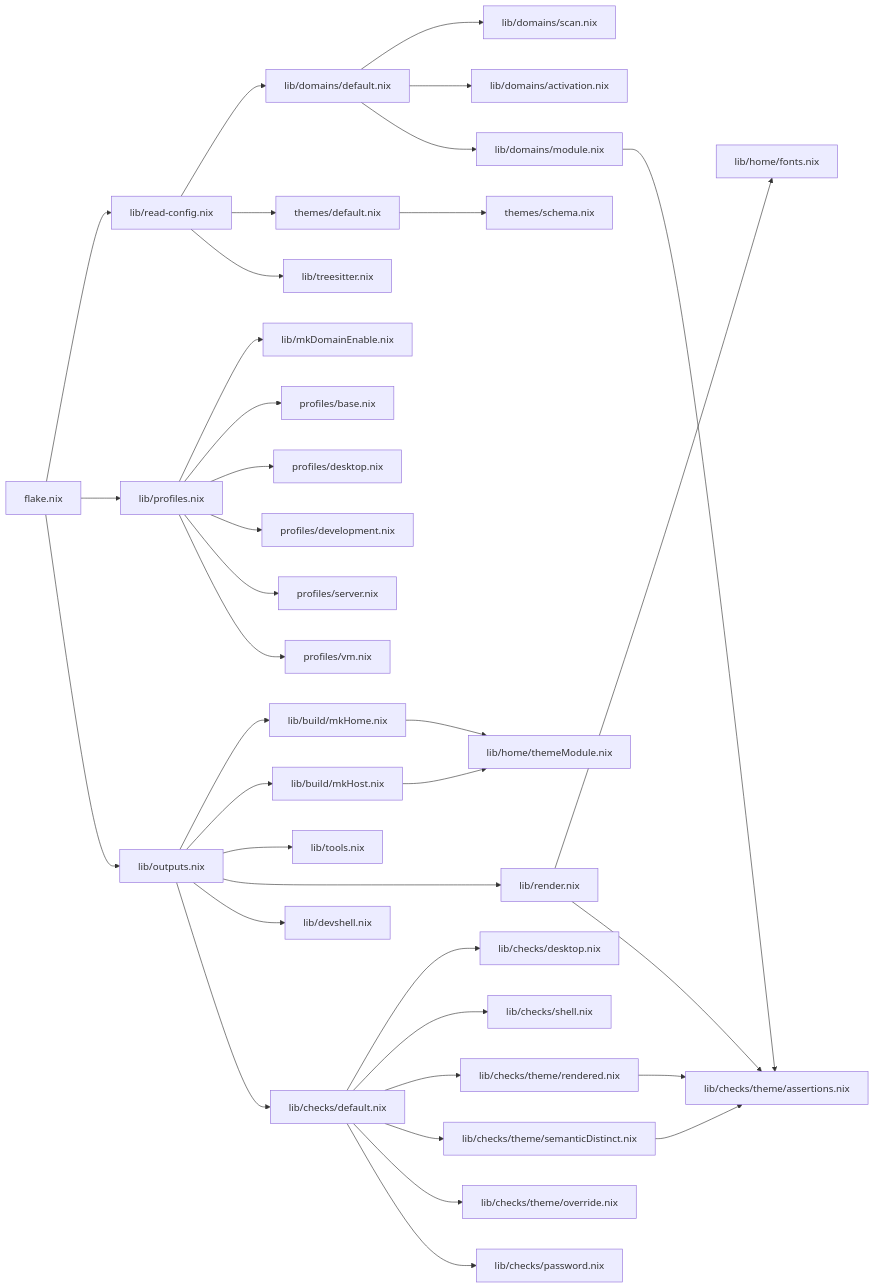
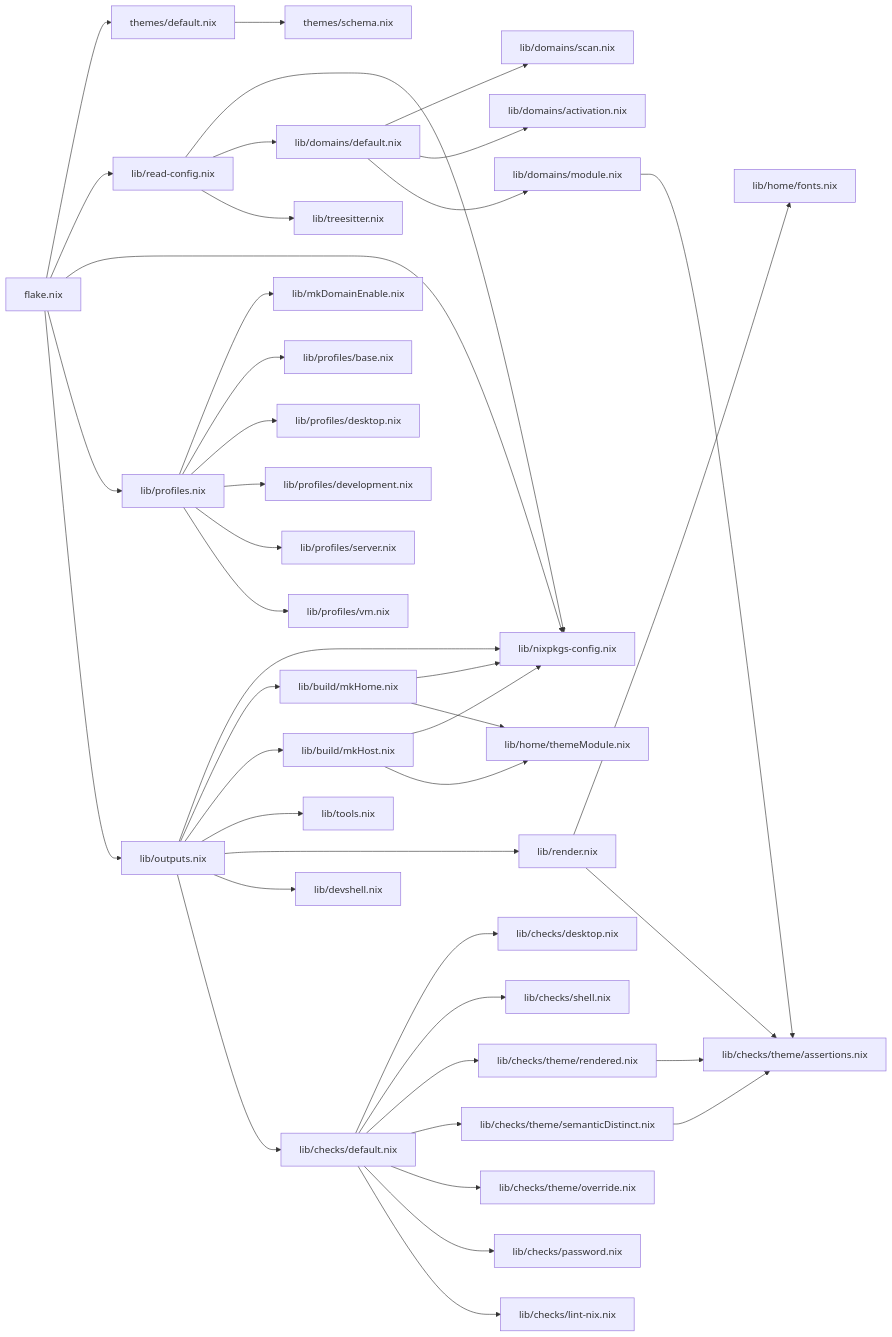
One commit to joaosimsic/angst changed the diagram in analysis.md. Above: the diagram before and after it, drawn with Mermaid. The commit also changed other lines of this file and 30 other files, not shown here.

````diff
--- a/analysis.md
+++ b/analysis.md
@@ -251,38 +250,44 @@
 ```mermaid
 flowchart LR
-    n0["flake.nix"] --> n1["lib/read-config.nix"]
-    n1["lib/read-config.nix"] --> n2["lib/domains/default.nix"]
-    n2["lib/domains/default.nix"] --> n3["lib/domains/scan.nix"]
-    n2["lib/domains/default.nix"] --> n4["lib/domains/activation.nix"]
-    n2["lib/domains/default.nix"] --> n5["lib/domains/module.nix"]
-    n5["lib/domains/module.nix"] --> n6["lib/checks/theme/assertions.nix"]
-    n1["lib/read-config.nix"] --> n7["themes/default.nix"]
-    n7["themes/default.nix"] --> n8["themes/schema.nix"]
-    n1["lib/read-config.nix"] --> n9["lib/treesitter.nix"]
-    n0["flake.nix"] --> n10["lib/profiles.nix"]
-    n10["lib/profiles.nix"] --> n11["lib/mkDomainEnable.nix"]
-    n10["lib/profiles.nix"] --> n12["profiles/base.nix"]
-    n10["lib/profiles.nix"] --> n13["profiles/desktop.nix"]
-    n10["lib/profiles.nix"] --> n14["profiles/development.nix"]
-    n10["lib/profiles.nix"] --> n15["profiles/server.nix"]
-    n10["lib/profiles.nix"] --> n16["profiles/vm.nix"]
-    n0["flake.nix"] --> n17["lib/outputs.nix"]
-    n17["lib/outputs.nix"] --> n18["lib/build/mkHome.nix"]
-    n18["lib/build/mkHome.nix"] --> n19["lib/home/themeModule.nix"]
-    n17["lib/outputs.nix"] --> n20["lib/build/mkHost.nix"]
-    n20["lib/build/mkHost.nix"] --> n19["lib/home/themeModule.nix"]
-    n17["lib/outputs.nix"] --> n21["lib/tools.nix"]
-    n17["lib/outputs.nix"] --> n22["lib/render.nix"]
-    n22["lib/render.nix"] --> n23["lib/home/fonts.nix"]
-    n22["lib/render.nix"] --> n6["lib/checks/theme/assertions.nix"]
-    n17["lib/outputs.nix"] --> n24["lib/devshell.nix"]
-    n17["lib/outputs.nix"] --> n25["lib/checks/default.nix"]
-    n25["lib/checks/default.nix"] --> n26["lib/checks/desktop.nix"]
-    n25["lib/checks/default.nix"] --> n27["lib/checks/shell.nix"]
-    n25["lib/checks/default.nix"] --> n28["lib/checks/theme/rendered.nix"]
-    n28["lib/checks/theme/rendered.nix"] --> n6["lib/checks/theme/assertions.nix"]
-    n25["lib/checks/default.nix"] --> n29["lib/checks/theme/semanticDistinct.nix"]
-    n29["lib/checks/theme/semanticDistinct.nix"] --> n6["lib/checks/theme/assertions.nix"]
-    n25["lib/checks/default.nix"] --> n30["lib/checks/theme/override.nix"]
-    n25["lib/checks/default.nix"] --> n31["lib/checks/password.nix"]
+    n0["flake.nix"] --> n1["themes/default.nix"]
+    n1["themes/default.nix"] --> n2["themes/schema.nix"]
+    n0["flake.nix"] --> n3["lib/read-config.nix"]
+    n3["lib/read-config.nix"] --> n4["lib/nixpkgs-config.nix"]
+    n3["lib/read-config.nix"] --> n5["lib/domains/default.nix"]
+    n5["lib/domains/default.nix"] --> n6["lib/domains/scan.nix"]
+    n5["lib/domains/default.nix"] --> n7["lib/domains/activation.nix"]
+    n5["lib/domains/default.nix"] --> n8["lib/domains/module.nix"]
+    n8["lib/domains/module.nix"] --> n9["lib/checks/theme/assertions.nix"]
+    n3["lib/read-config.nix"] --> n10["lib/treesitter.nix"]
+    n0["flake.nix"] --> n4["lib/nixpkgs-config.nix"]
+    n0["flake.nix"] --> n11["lib/profiles.nix"]
+    n11["lib/profiles.nix"] --> n12["lib/mkDomainEnable.nix"]
+    n11["lib/profiles.nix"] --> n13["lib/profiles/base.nix"]
+    n11["lib/profiles.nix"] --> n14["lib/profiles/desktop.nix"]
+    n11["lib/profiles.nix"] --> n15["lib/profiles/development.nix"]
+    n11["lib/profiles.nix"] --> n16["lib/profiles/server.nix"]
+    n11["lib/profiles.nix"] --> n17["lib/profiles/vm.nix"]
+    n0["flake.nix"] --> n18["lib/outputs.nix"]
+    n18["lib/outputs.nix"] --> n4["lib/nixpkgs-config.nix"]
+    n18["lib/outputs.nix"] --> n19["lib/build/mkHome.nix"]
+    n19["lib/build/mkHome.nix"] --> n4["lib/nixpkgs-config.nix"]
+    n19["lib/build/mkHome.nix"] --> n20["lib/home/themeModule.nix"]
+    n18["lib/outputs.nix"] --> n21["lib/build/mkHost.nix"]
+    n21["lib/build/mkHost.nix"] --> n4["lib/nixpkgs-config.nix"]
+    n21["lib/build/mkHost.nix"] --> n20["lib/home/themeModule.nix"]
+    n18["lib/outputs.nix"] --> n22["lib/tools.nix"]
+    n18["lib/outputs.nix"] --> n23["lib/render.nix"]
+    n23["lib/render.nix"] --> n24["lib/home/fonts.nix"]
+    n23["lib/render.nix"] --> n9["lib/checks/theme/assertions.nix"]
+    n18["lib/outputs.nix"] --> n25["lib/devshell.nix"]
+    n18["lib/outputs.nix"] --> n26["lib/checks/default.nix"]
+    n26["lib/checks/default.nix"] --> n27["lib/checks/desktop.nix"]
+    n26["lib/checks/default.nix"] --> n28["lib/checks/shell.nix"]
+    n26["lib/checks/default.nix"] --> n29["lib/checks/theme/rendered.nix"]
+    n29["lib/checks/theme/rendered.nix"] --> n9["lib/checks/theme/assertions.nix"]
+    n26["lib/checks/default.nix"] --> n30["lib/checks/theme/semanticDistinct.nix"]
+    n30["lib/checks/theme/semanticDistinct.nix"] --> n9["lib/checks/theme/assertions.nix"]
+    n26["lib/checks/default.nix"] --> n31["lib/checks/theme/override.nix"]
+    n26["lib/checks/default.nix"] --> n32["lib/checks/password.nix"]
+    n26["lib/checks/default.nix"] --> n33["lib/checks/lint-nix.nix"]
 ```
````
